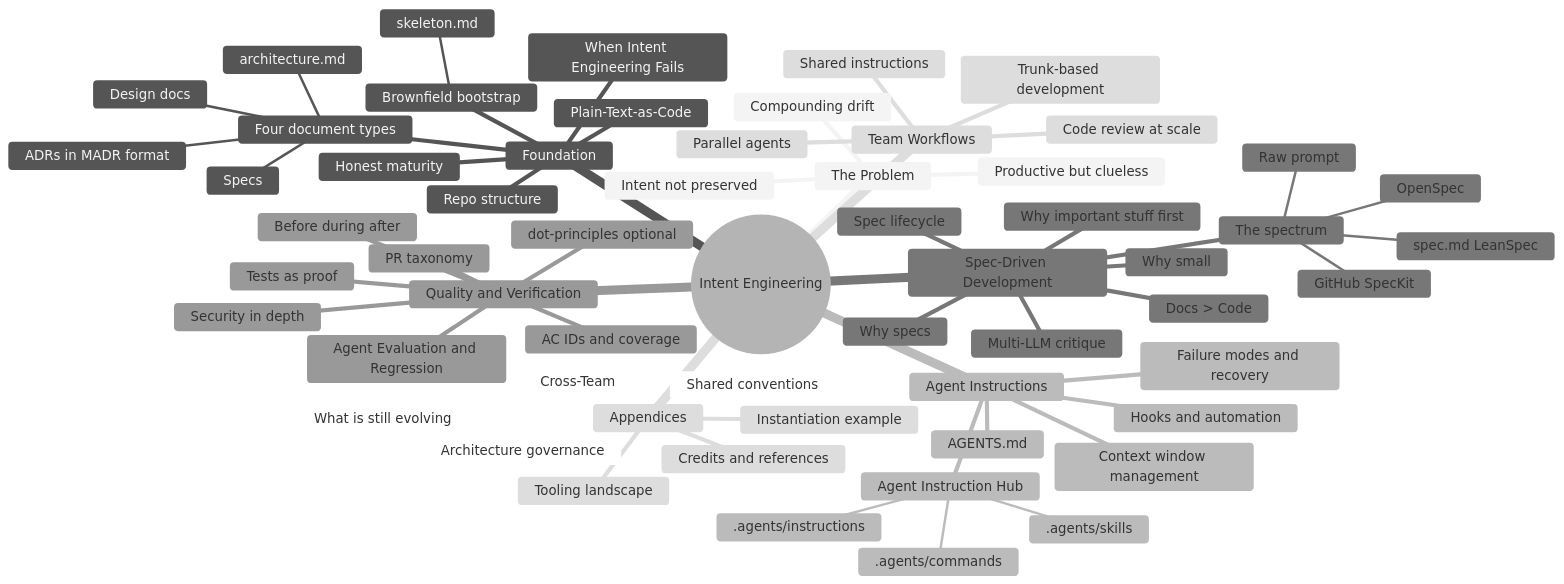
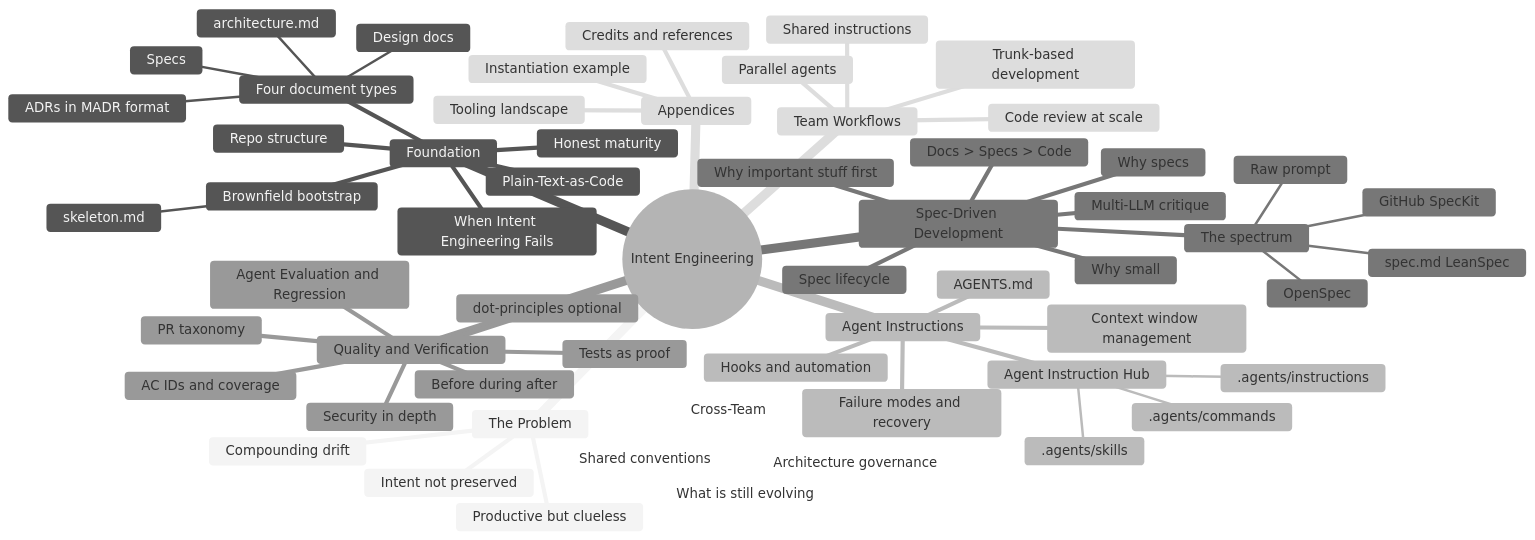
One commit to intent-engineering-for-coding-agents/book changed the diagram in idea.md. Above: the diagram before and after it, drawn with Mermaid (neutral theme). The commit also changed 11 other files, not shown here.

First line of the commit message:
Promote load-bearing thesis to Docs > Specs > Code

````diff
--- a/idea.md
+++ b/idea.md
@@ -109,62 +109,62 @@
 ```mermaid
 mindmap
   root((Intent Engineering))
     The Problem
       Productive but clueless
       Compounding drift
       Intent not preserved
     Foundation
       Repo structure
       Four document types
         architecture.md
         ADRs in MADR format
         Design docs
         Specs
       Plain-Text-as-Code
       Honest maturity
       Brownfield bootstrap
         skeleton.md
       When Intent Engineering Fails
     Agent Instructions
       AGENTS.md
       Agent Instruction Hub
         .agents/instructions
         .agents/skills
         .agents/commands
       Hooks and automation
       Context window management
       Failure modes and recovery
     Spec-Driven Development
       Why specs
       Why small
       Why important stuff first
       The spectrum
         Raw prompt
         spec.md LeanSpec
         OpenSpec
         GitHub SpecKit
       Spec lifecycle
-      Docs > Code
+      Docs > Specs > Code
       Multi-LLM critique
     Quality and Verification
       Tests as proof
       Agent Evaluation and Regression
       AC IDs and coverage
       Before during after
       Security in depth
       PR taxonomy
       dot-principles optional
     Team Workflows
       Trunk-based development
       Parallel agents
       Shared instructions
       Code review at scale
     Cross-Team
       Architecture governance
       Shared conventions
       What is still evolving
     Appendices
       Tooling landscape
       Instantiation example
       Credits and references
 ```
````
